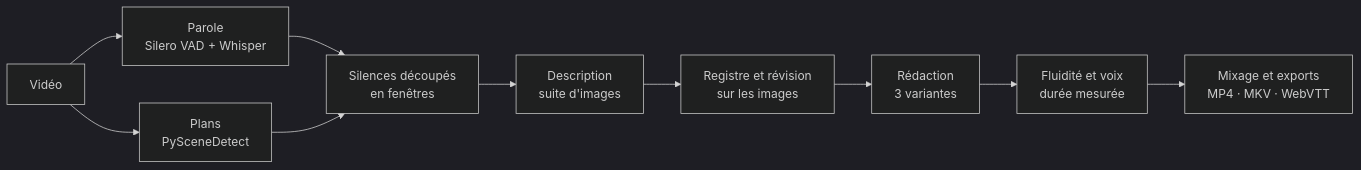
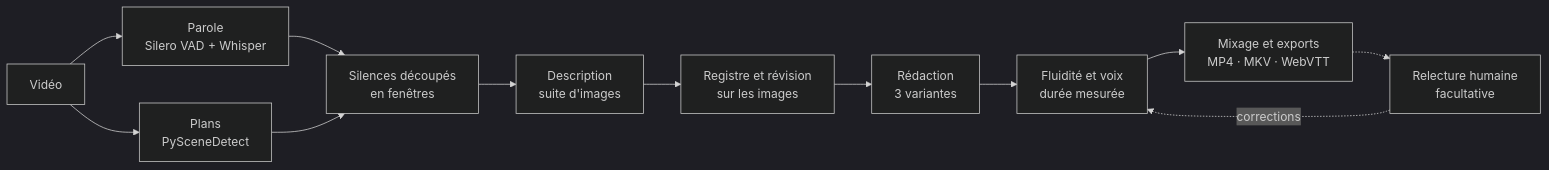
One commit to swinn37/AudesIA changed the diagram in README.md. Above: the diagram before and after it, drawn with Mermaid (dark theme). The commit also changed other lines of this file and 2 other files, not shown here.

First line of the commit message:
Ajoute la relecture humaine facultative et le cache de la voix

````diff
--- a/README.md
+++ b/README.md
@@ -29,12 +30,14 @@
 ```mermaid
 flowchart LR
   A[Vidéo] --> B[Parole<br/>Silero VAD + Whisper]
   A --> C[Plans<br/>PySceneDetect]
   B --> D[Silences découpés<br/>en fenêtres]
   C --> D
   D --> E[Description<br/>suite d'images]
   E --> R[Registre et révision<br/>sur les images]
   R --> F[Rédaction<br/>3 variantes]
   F --> G[Fluidité et voix<br/>durée mesurée]
   G --> H[Mixage et exports<br/>MP4 · MKV · WebVTT]
+  H -.-> I[Relecture humaine<br/>facultative]
+  I -. corrections .-> G
 ```
````
